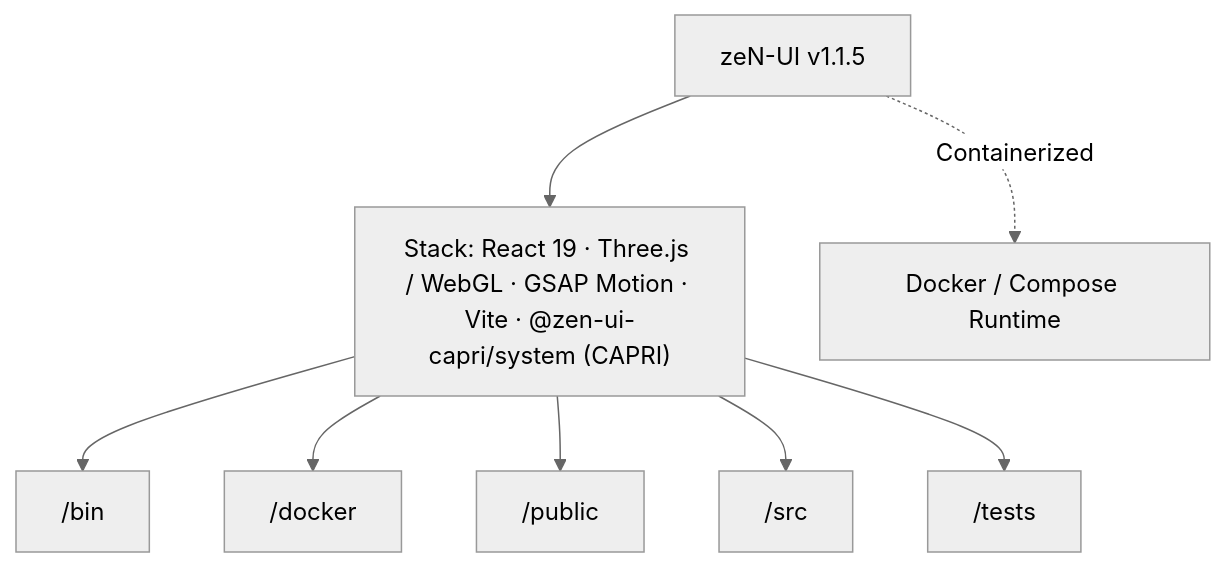
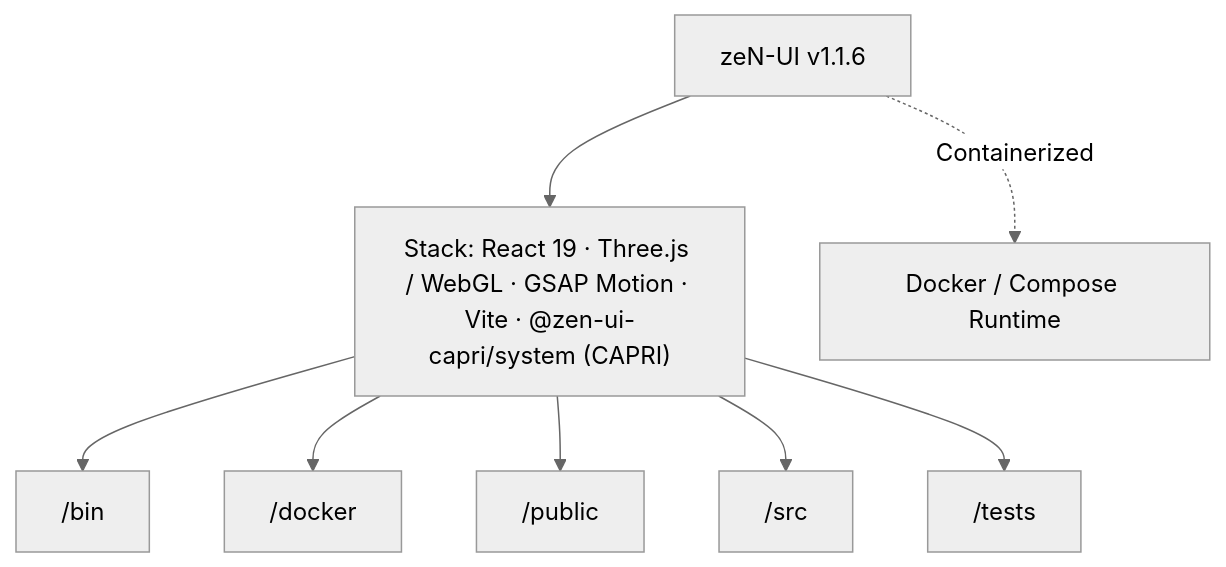
The diagram in docs/CAPRI-ARCHITECTURE.md (lukaspabst/zeN-UI), drawn with Mermaid (neutral theme) before and after one commit. The commit also changed other lines of this file and 9 other files, not shown here.

````diff
--- a/docs/CAPRI-ARCHITECTURE.md
+++ b/docs/CAPRI-ARCHITECTURE.md
@@ -27,18 +27,18 @@
 ```mermaid
 flowchart TD
-  Repo["zeN-UI v1.1.5"]
+  Repo["zeN-UI v1.1.6"]
   Stack["Stack: React 19 · Three.js / WebGL · GSAP Motion · Vite · @zen-ui-capri/system (CAPRI)"]
   Repo --> Stack
   N0_bin["/bin"]
   Stack --> N0_bin
   N1_docker["/docker"]
   Stack --> N1_docker
   N2_public["/public"]
   Stack --> N2_public
   N3_src["/src"]
   Stack --> N3_src
   N4_tests["/tests"]
   Stack --> N4_tests
   Docker["Docker / Compose Runtime"]
   Repo -.->|"Containerized"| Docker
 ```
````
